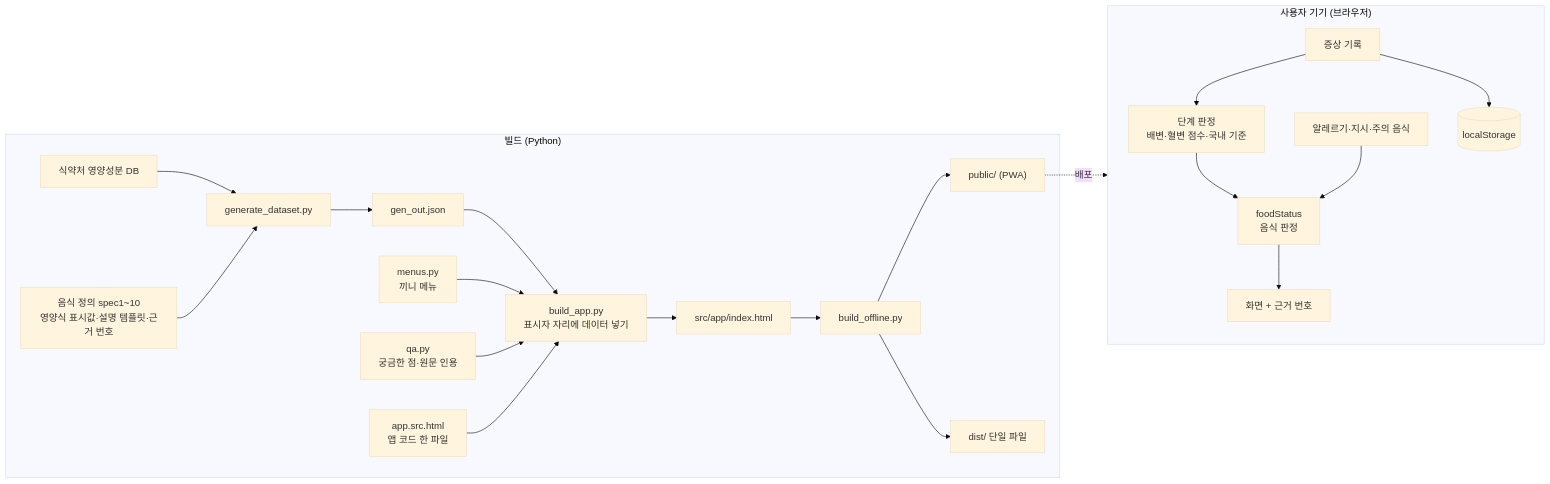
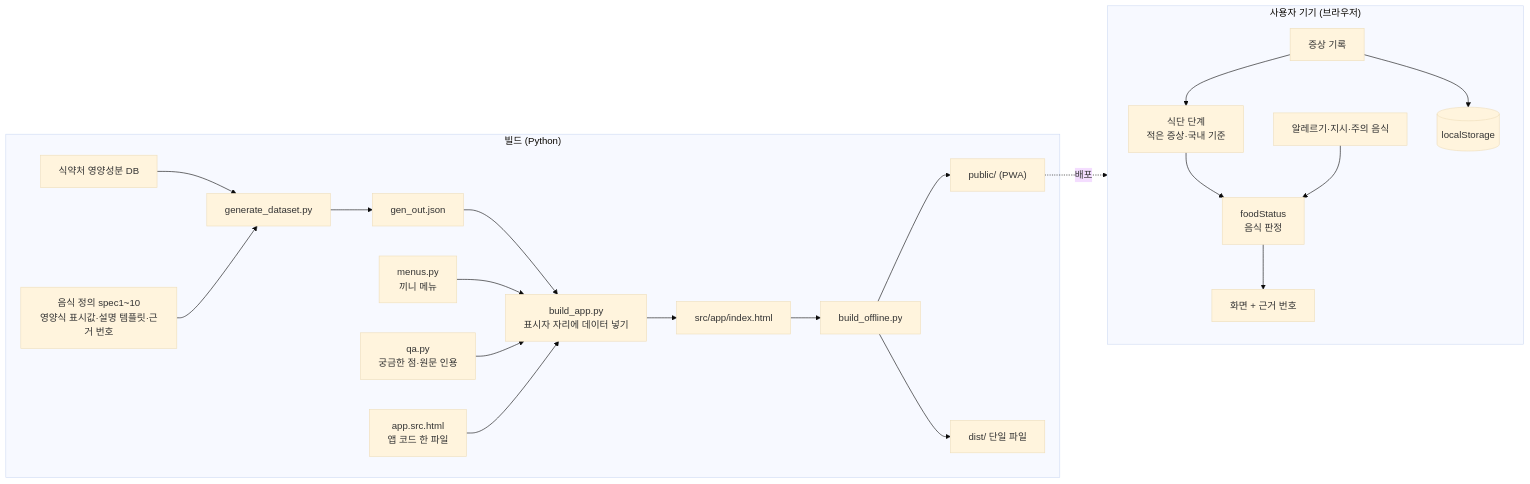
Before and after one commit to Park11234/uc-table: the diagram in README.md, drawn with Mermaid (base theme). The commit also changed other lines of this file and 265 other files, not shown here.

````diff
--- a/README.md
+++ b/README.md
@@ -138,24 +139,24 @@
 ```mermaid
 flowchart LR
   subgraph build["빌드 (Python)"]
     CSV["식약처 영양성분 DB"] --> GEN["generate_dataset.py"]
     SPEC["음식 정의 spec1~10<br/>영양식 표시값·설명 템플릿·근거 번호"] --> GEN
     GEN --> JSON["gen_out.json"]
     JSON --> BA["build_app.py<br/>표시자 자리에 데이터 넣기"]
     MENU["menus.py<br/>끼니 메뉴"] --> BA
     QA["qa.py<br/>궁금한 점·원문 인용"] --> BA
     SRC["app.src.html<br/>앱 코드 한 파일"] --> BA
     BA --> APP["src/app/index.html"]
     APP --> OFF["build_offline.py"]
     OFF --> PWA["public/ (PWA)"]
     OFF --> ONE["dist/ 단일 파일"]
   end
   subgraph device["사용자 기기 (브라우저)"]
-    LOG["증상 기록"] --> STAGE["단계 판정<br/>배변·혈변 점수·국내 기준"]
+    LOG["증상 기록"] --> STAGE["식단 단계<br/>적은 증상·국내 기준"]
     STAGE --> RULE["foodStatus<br/>음식 판정"]
     PROF["알레르기·지시·주의 음식"] --> RULE
     RULE --> VIEW["화면 + 근거 번호"]
     LOG --> LS[("localStorage")]
   end
   PWA -. 배포 .-> device
 ```
````
